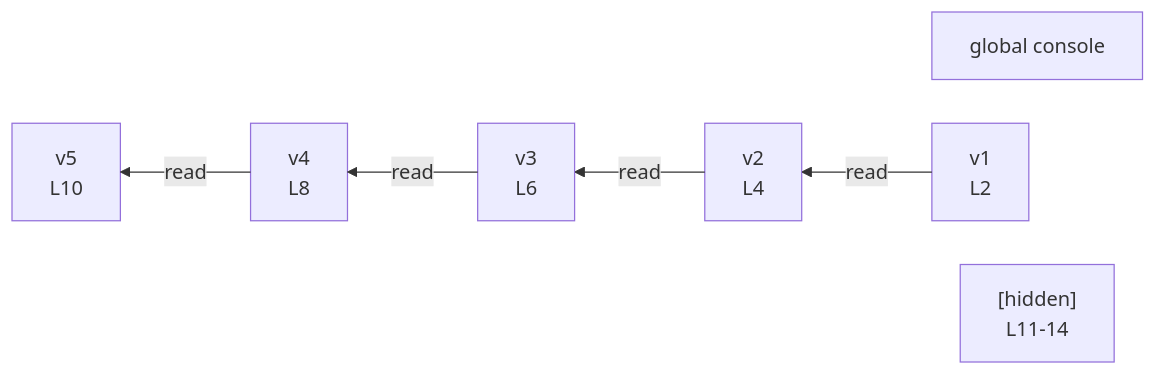
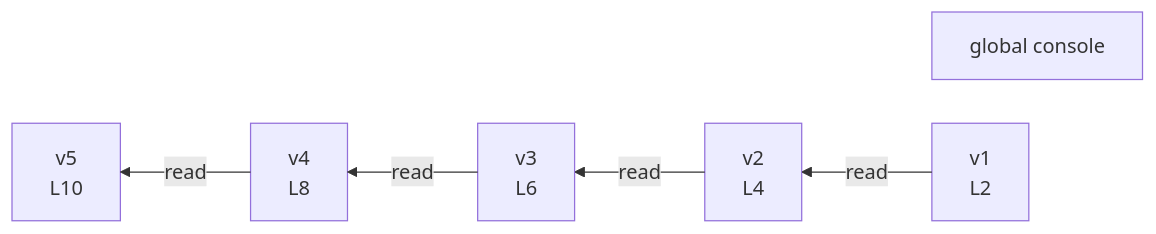
One commit to crescware/unsnarl changed the diagram in integration/fixtures/app-behavior/depth/block/depth-5/preview.md. Above: the diagram before and after it, drawn with Mermaid. The commit also changed 96 other files, not shown here.

````diff
--- a/integration/fixtures/app-behavior/depth/block/depth-5/preview.md
+++ b/integration/fixtures/app-behavior/depth/block/depth-5/preview.md
@@ -29,15 +29,14 @@
 ```mermaid
 %%{init: {"flowchart": {"defaultRenderer": "elk"}}}%%
 flowchart RL
   n_scope_0_console_185["global console"]
   n_scope_1_v1_10["v1<br/>L2"]
   n_scope_2_v2_32["v2<br/>L4"]
   n_scope_3_v3_59["v3<br/>L6"]
   n_scope_4_v4_90["v4<br/>L8"]
   n_scope_5_v5_125["v5<br/>L10"]
-  collapsed_scope_6["[hidden]<br/>L11-14"]
   n_scope_1_v1_10 -->|read| n_scope_2_v2_32
   n_scope_2_v2_32 -->|read| n_scope_3_v3_59
   n_scope_3_v3_59 -->|read| n_scope_4_v4_90
   n_scope_4_v4_90 -->|read| n_scope_5_v5_125
 ```
````
